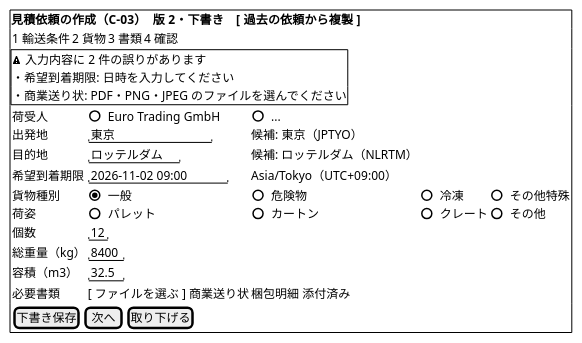
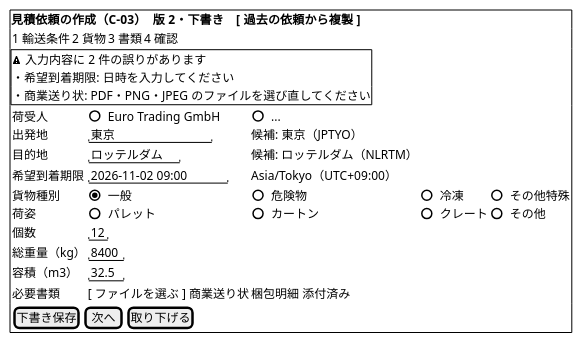
Before and after one commit to k2works/practical-domain-driven-design-in-enterpris-application: the tenth of 21 diagrams in docs/design/cargo-tracker/ui_design.md, drawn with PlantUML. The commit also changed 15 other files, not shown here.

````diff
--- a/docs/design/cargo-tracker/ui_design.md
+++ b/docs/design/cargo-tracker/ui_design.md
@@ -462,26 +462,26 @@
 ```plantuml
 @startsalt
 {+
   <b>見積依頼の作成（C-03）　版 2・下書き　[ 過去の依頼から複製 ]
   { 1 輸送条件 | 2 貨物 | 3 書類 | 4 確認 }
   {+
     <&warning> 入力内容に 2 件の誤りがあります
     ・希望到着期限: 日時を入力してください
-    ・商業送り状: PDF・PNG・JPEG のファイルを選んでください
+    ・商業送り状: PDF・PNG・JPEG のファイルを選び直してください
   }
   {
     荷受人             | ( ) Euro Trading GmbH | ( ) ...
     出発地             | "東京             " | 候補: 東京（JPTYO）
     目的地             | "ロッテルダム     " | 候補: ロッテルダム（NLRTM）
     希望到着期限        | "2026-11-02 09:00 " | Asia/Tokyo（UTC+09:00）
     貨物種別            | (X) 一般 | ( ) 危険物 | ( ) 冷凍 | ( ) その他特殊
     荷姿               | ( ) パレット | ( ) カートン | ( ) クレート | ( ) その他
     個数               | "12"
     総重量（kg）        | "8400"
     容積（m3）          | "32.5"
     必要書類            | [ ファイルを選ぶ ] 商業送り状 | 梱包明細 添付済み
   }
   { [ 下書き保存 ] | [ 次へ ] | [ 取り下げる ] }
 }
 @endsalt
 ```
````
